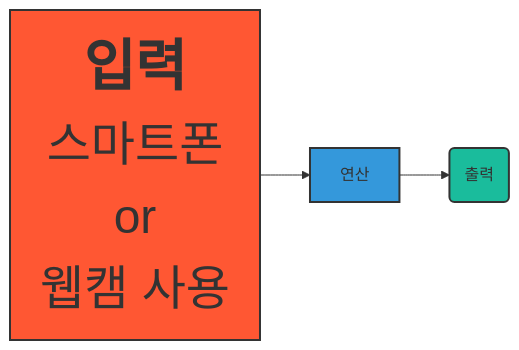
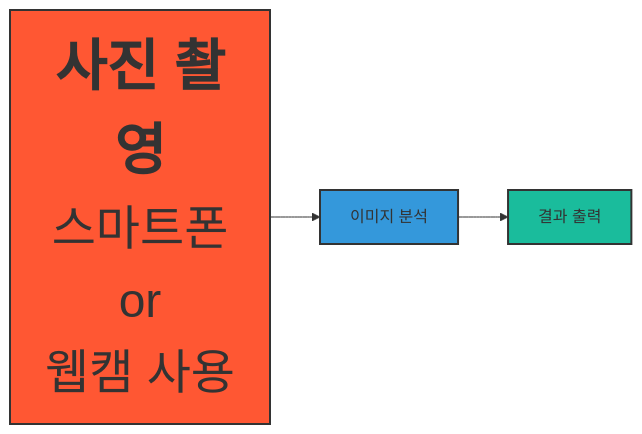
The diagram in Readme.md (201710808/-p), drawn with Mermaid before and after one commit.

````diff
--- a/Readme.md
+++ b/Readme.md
@@ -3,10 +3,10 @@
 ```mermaid
 graph LR
-A[<b><span style='font-size:56px'>입력</span></b>\n<span style='font-size:48px'>스마트폰\nor\n웹캠 사용] --> B[연산]
-B --> C(출력)
+A[<b><span style='font-size:56px'>사진 촬영</span></b>\n<span style='font-size:48px'>스마트폰\nor\n웹캠 사용] --> B[이미지 분석]
+B --> C[결과 출력]
 
 style A fill:#FF5733,stroke:#333,stroke-width:2px
 style B fill:#3498db,stroke:#333,stroke-width:2px
 style C fill:#1abc9c,stroke:#333,stroke-width:2px
 
 ```
````
